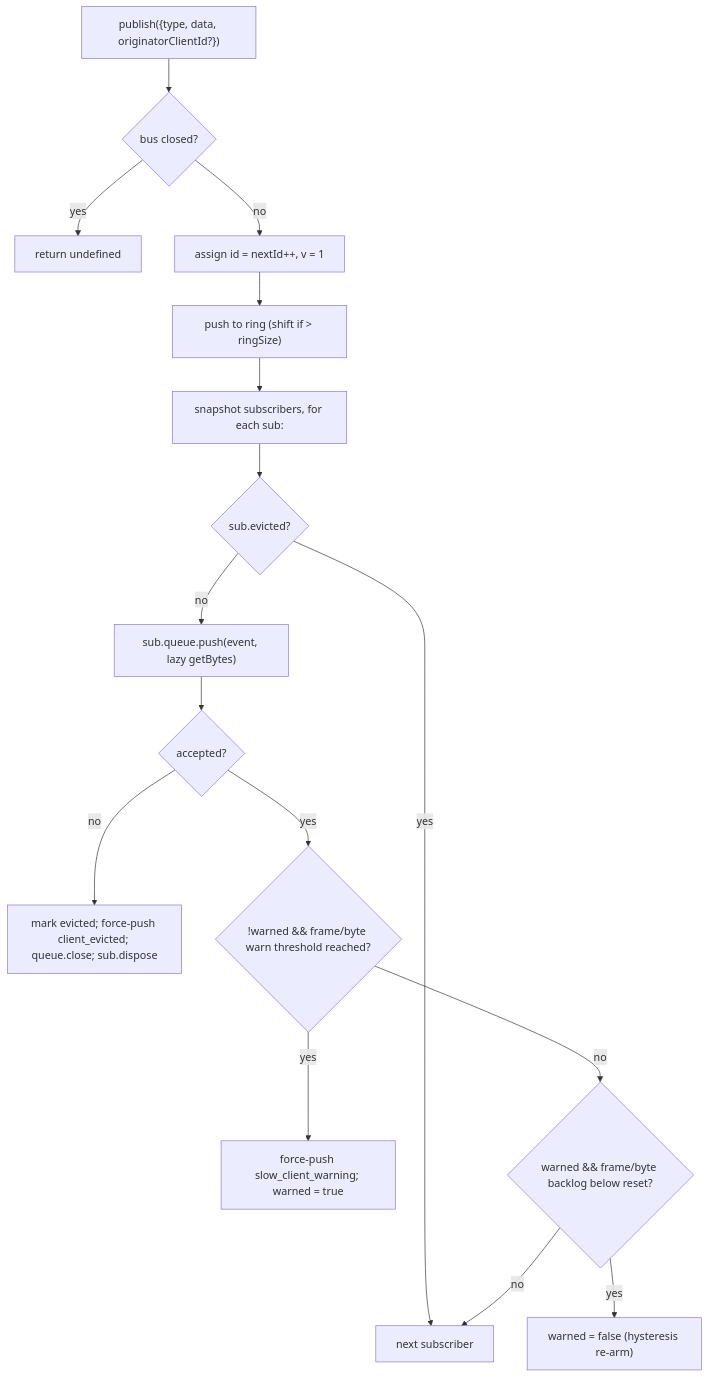
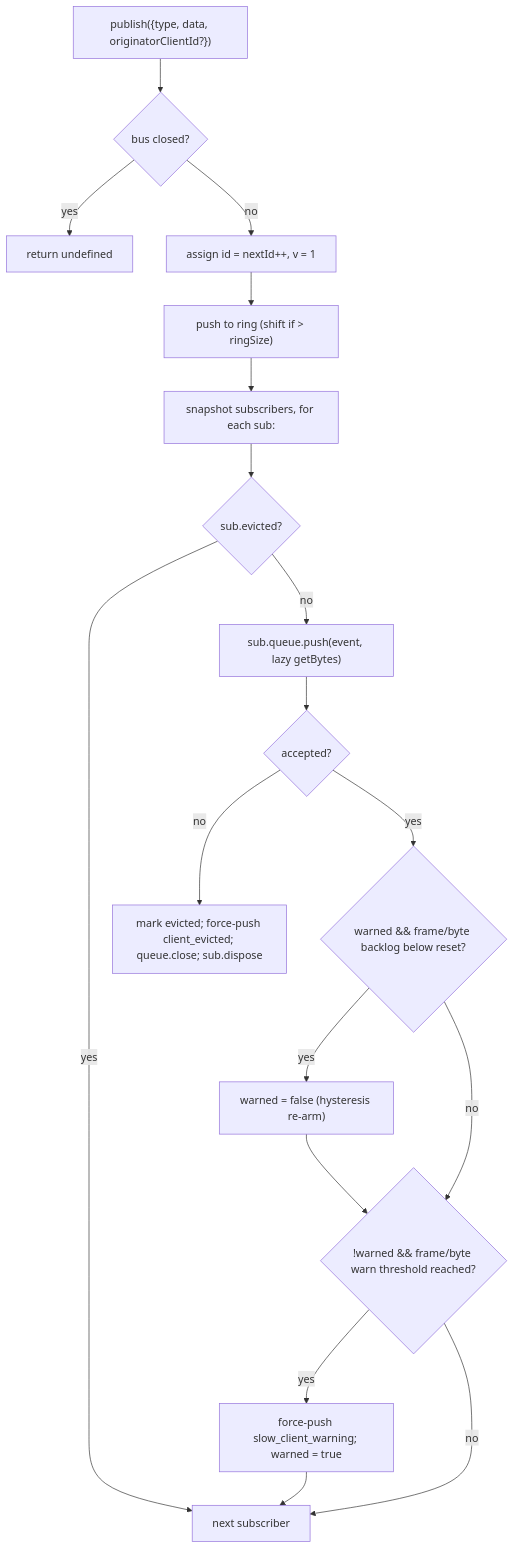
One commit to QwenLM/qwen-code changed the first of 2 diagrams in docs/developers/daemon/10-event-bus.md. Above: the diagram before and after it, drawn with Mermaid. The commit also changed other lines of this file and 2 other files, not shown here.

Commit message:
codex: address PR review feedback (#6314)

````diff
--- a/docs/developers/daemon/10-event-bus.md
+++ b/docs/developers/daemon/10-event-bus.md
@@ -74,18 +74,20 @@
 ```mermaid
 flowchart TD
     P["publish({type, data, originatorClientId?})"] --> C{"bus closed?"}
     C -->|yes| RU["return undefined"]
     C -->|no| AID["assign id = nextId++, v = 1"]
     AID --> PR["push to ring (shift if > ringSize)"]
     PR --> FAN["snapshot subscribers, for each sub:"]
     FAN --> EVCK{"sub.evicted?"}
     EVCK -->|yes| NEXT[next subscriber]
     EVCK -->|no| PUSH["sub.queue.push(event, lazy getBytes)"]
     PUSH --> OK{"accepted?"}
     OK -->|no| EVICT["mark evicted; force-push client_evicted; queue.close; sub.dispose"]
-    OK -->|yes| WARN{"!warned && frame/byte warn threshold reached?"}
+    OK -->|yes| RES{"warned && frame/byte backlog below reset?"}
+    RES -->|yes| RA["warned = false (hysteresis re-arm)"]
+    RES -->|no| WARN{"!warned && frame/byte warn threshold reached?"}
+    RA --> WARN
     WARN -->|yes| FW["force-push slow_client_warning; warned = true"]
-    WARN -->|no| RES{"warned && frame/byte backlog below reset?"}
-    RES -->|yes| RA["warned = false (hysteresis re-arm)"]
-    RES -->|no| NEXT
+    WARN -->|no| NEXT
+    FW --> NEXT
 ```
````
